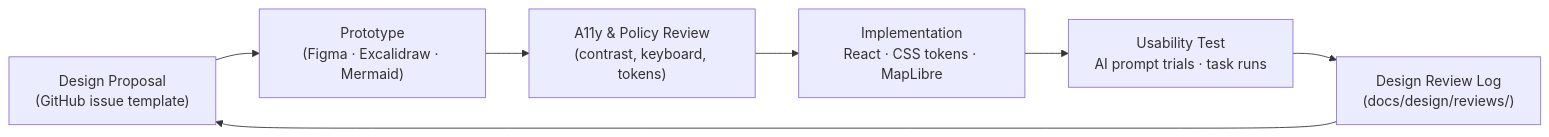
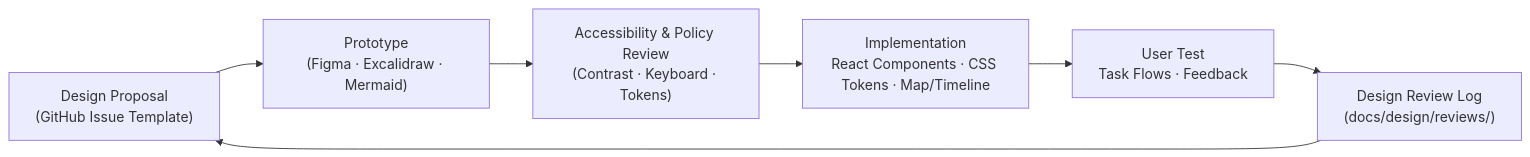
One commit to bartytime4life/Kansas-Frontier-Matrix changed the second of 2 diagrams in docs/design/README.md. Above: the diagram before and after it, drawn with Mermaid. The commit also changed other lines of this file, not shown here.

````diff
--- a/docs/design/README.md
+++ b/docs/design/README.md
@@ -188,9 +211,9 @@
 ```mermaid
 flowchart LR
-    A["Design Proposal\n(GitHub issue template)"] --> B["Prototype\n(Figma · Excalidraw · Mermaid)"]
-    B --> C["A11y & Policy Review\n(contrast, keyboard, tokens)"]
-    C --> D["Implementation\nReact · CSS tokens · MapLibre"]
-    D --> E["Usability Test\nAI prompt trials · task runs"]
+    A["Design Proposal\n(GitHub Issue Template)"] --> B["Prototype\n(Figma · Excalidraw · Mermaid)"]
+    B --> C["Accessibility & Policy Review\n(Contrast · Keyboard · Tokens)"]
+    C --> D["Implementation\nReact Components · CSS Tokens · Map/Timeline"]
+    D --> E["User Test\nTask Flows · Feedback"]
     E --> F["Design Review Log\n(docs/design/reviews/)"]
     F --> A
 ```
````
